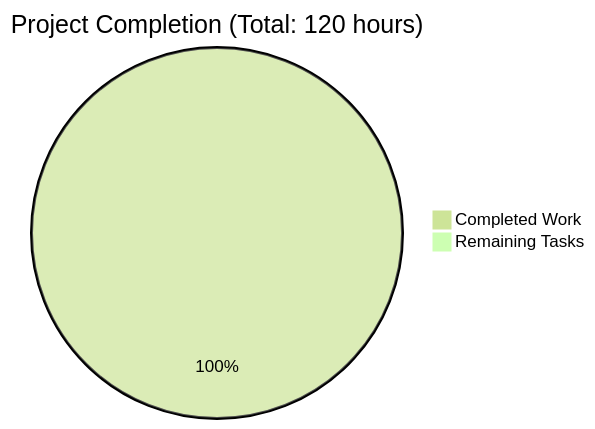
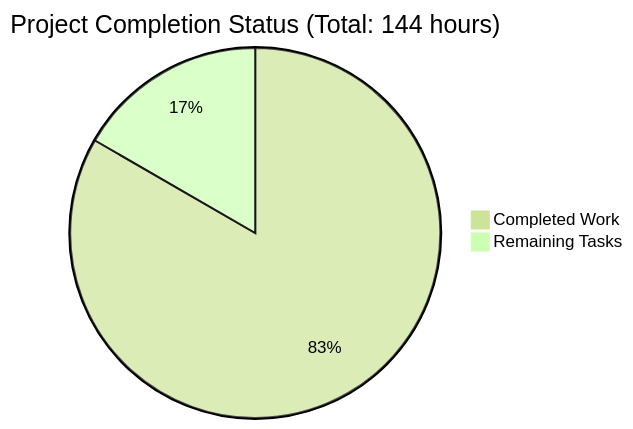
The diagram in blitzy/documentation/Project Guide.md (SamuelBrudner/lab_archives_mcp), drawn with Mermaid (forest theme) before and after one commit. The commit also changed other lines of this file, not shown here.

Commit message:
Adding Blitzy Project Guide: Project Status and Human Tasks Remaining

````diff
--- a/blitzy/documentation/Project Guide.md
+++ b/blitzy/documentation/Project Guide.md
@@ -24,5 +96,5 @@
 ```mermaid
-pie title Project Completion (Total: 120 hours)
+pie title Project Completion Status (Total: 144 hours)
     "Completed Work" : 120
-    "Remaining Tasks" : 0
+    "Remaining Tasks" : 24
 ```
````
